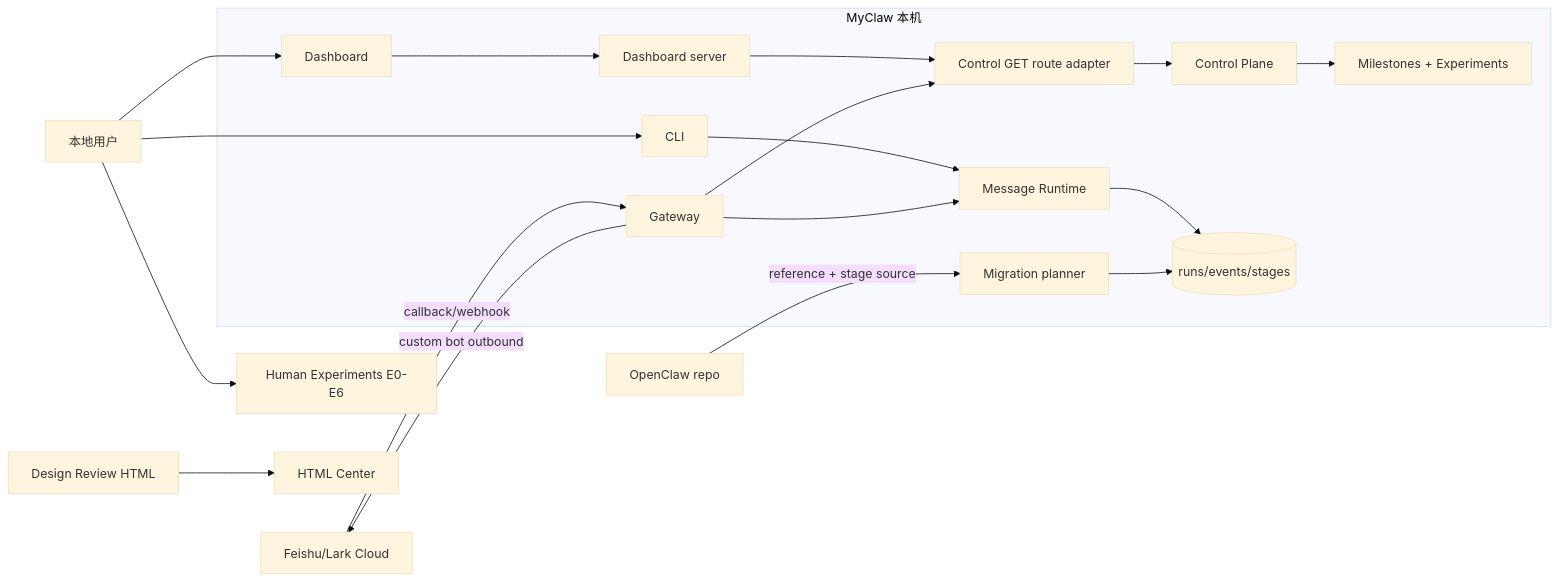
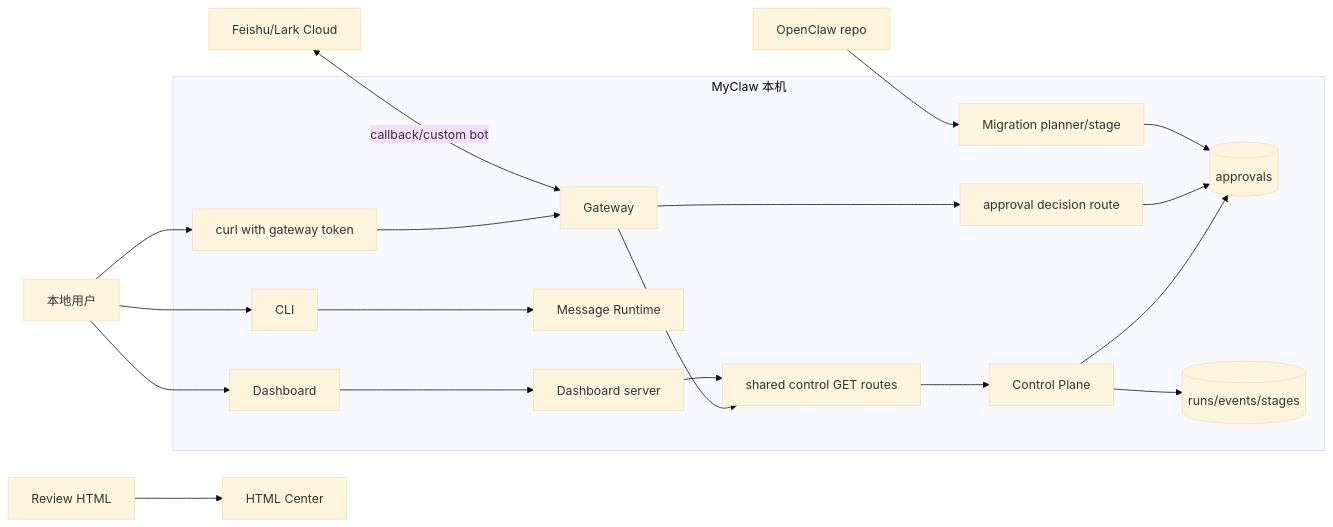
Before and after one commit to mayf3/myclaw: the second of 9 diagrams in docs/implementation-architecture.md, drawn with Mermaid (base theme). The commit also changed other lines of this file and 37 other files, not shown here.

````diff
--- a/docs/implementation-architecture.md
+++ b/docs/implementation-architecture.md
@@ -60,22 +60,23 @@
 ```mermaid
 flowchart LR
   User[本地用户] --> CLI[CLI]
   User --> Browser[Dashboard]
-  User --> Experiments[Human Experiments E0-E6]
-  Feishu[Feishu/Lark Cloud] -->|callback/webhook| Gateway[Gateway]
-  Gateway -->|custom bot outbound| Feishu
-  OpenClaw[OpenClaw repo] -->|reference + stage source| Migration[Migration planner]
-  Reports[Design Review HTML] --> HtmlCenter[HTML Center]
+  User --> Curl[curl with gateway token]
+  OpenClaw[OpenClaw repo] --> Migration[Migration planner/stage]
+  Feishu[Feishu/Lark Cloud] <-->|callback/custom bot| Gateway[Gateway]
+  Reports[Review HTML] --> HtmlCenter[HTML Center]
 
   subgraph Local[MyClaw 本机]
     CLI --> Runtime[Message Runtime]
-    Gateway --> Runtime
     Browser --> Dashboard[Dashboard server]
-    Dashboard --> RouteAdapter[Control GET route adapter]
-    Gateway --> RouteAdapter
-    RouteAdapter --> Control[Control Plane]
-    Control --> Roadmap[Milestones + Experiments]
-    Runtime --> State[(runs/events/stages)]
-    Migration --> State
+    Curl --> Gateway
+    Gateway --> ApprovalDecision[approval decision route]
+    Migration --> ApprovalStore[(approvals)]
+    ApprovalDecision --> ApprovalStore
+    Dashboard --> ControlRoutes[shared control GET routes]
+    Gateway --> ControlRoutes
+    ControlRoutes --> ControlPlane[Control Plane]
+    ControlPlane --> ApprovalStore
+    ControlPlane --> State[(runs/events/stages)]
   end
 ```
````
